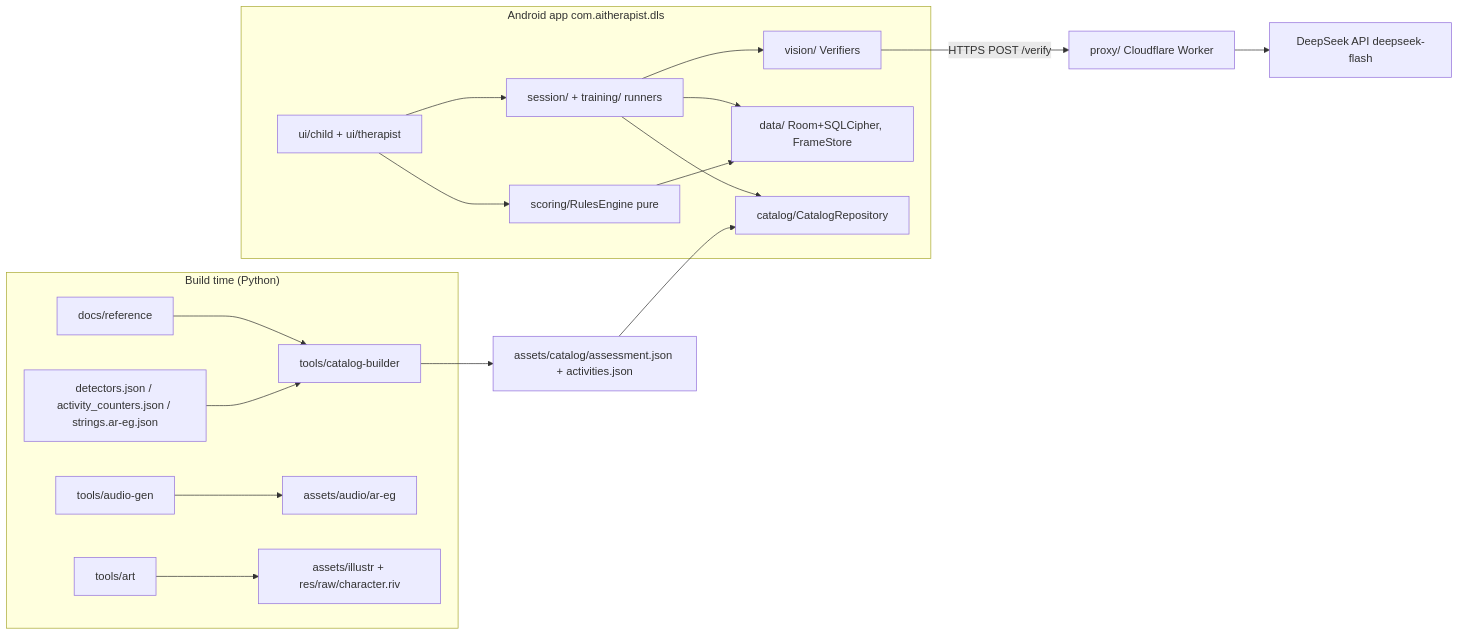
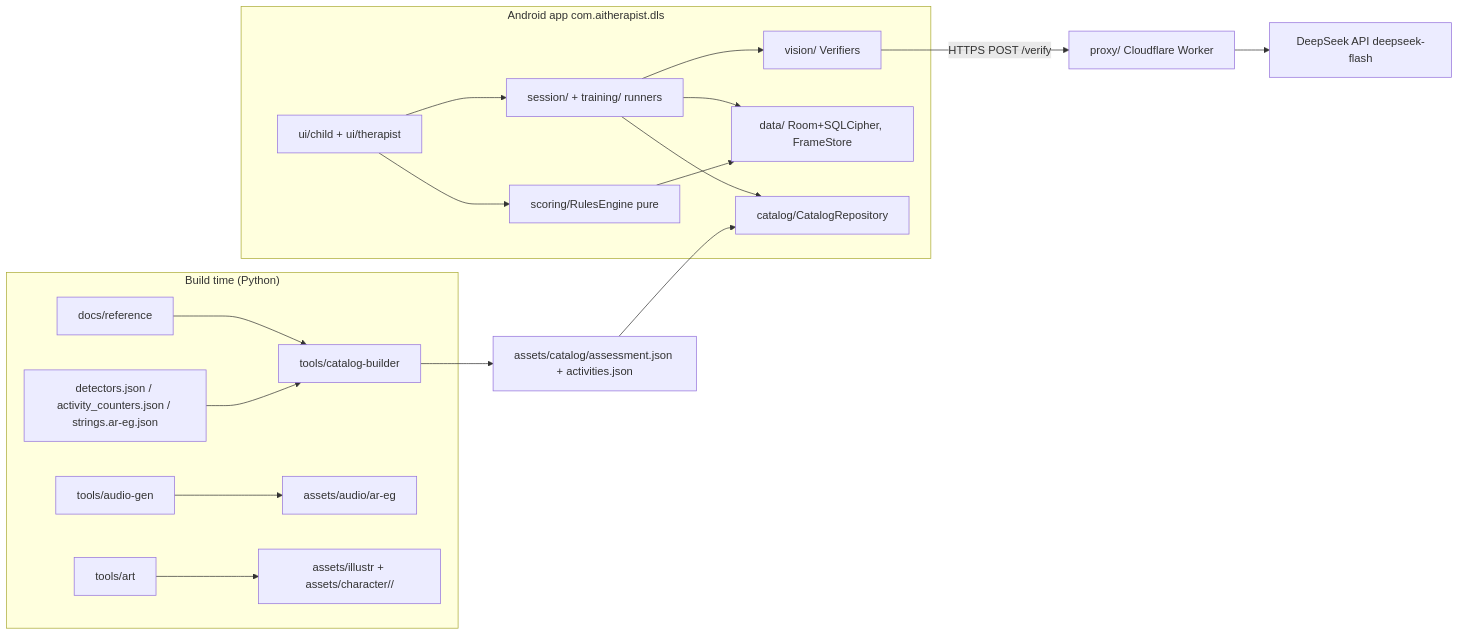
One commit to bosamraprivate-cloud/skill-motion changed the first of 4 diagrams in _bmad-output/planning-artifacts/architecture/architecture-Ai therapist-2026-11-11/ARCHITECTURE-SPINE.md. Above: the diagram before and after it, drawn with Mermaid. The commit also changed other lines of this file and 2 other files, not shown here.

First line of the commit message:
docs(architecture): AD-11 boy/girl pose-image characters animated in Compose; drop Rive

````diff
--- a/_bmad-output/planning-artifacts/architecture/architecture-Ai therapist-2026-11-11/ARCHITECTURE-SPINE.md
+++ b/_bmad-output/planning-artifacts/architecture/architecture-Ai therapist-2026-11-11/ARCHITECTURE-SPINE.md
@@ -31,21 +31,21 @@
 ```mermaid
 flowchart LR
   subgraph Build["Build time (Python)"]
     REF[docs/reference] --> CB[tools/catalog-builder]
     DET[detectors.json / activity_counters.json / strings.ar-eg.json] --> CB
     AG[tools/audio-gen] --> AUD[assets/audio/ar-eg]
-    ART[tools/art] --> ILL[assets/illustr + res/raw/character.riv]
+    ART[tools/art] --> ILL[assets/illustr + assets/character/<variant>/]
   end
   CB --> CAT[assets/catalog/assessment.json + activities.json]
   subgraph App["Android app com.aitherapist.dls"]
     UI[ui/child + ui/therapist] --> RUN[session/ + training/ runners]
     RUN --> VER[vision/ Verifiers]
     RUN --> DATA[data/ Room+SQLCipher, FrameStore]
     UI --> RE[scoring/RulesEngine pure]
     RE --> DATA
     RUN --> CATR[catalog/CatalogRepository]
   end
   CAT --> CATR
   VER -- HTTPS POST /verify --> PX[proxy/ Cloudflare Worker]
   PX --> DS[DeepSeek API deepseek-flash]
 ```
````
